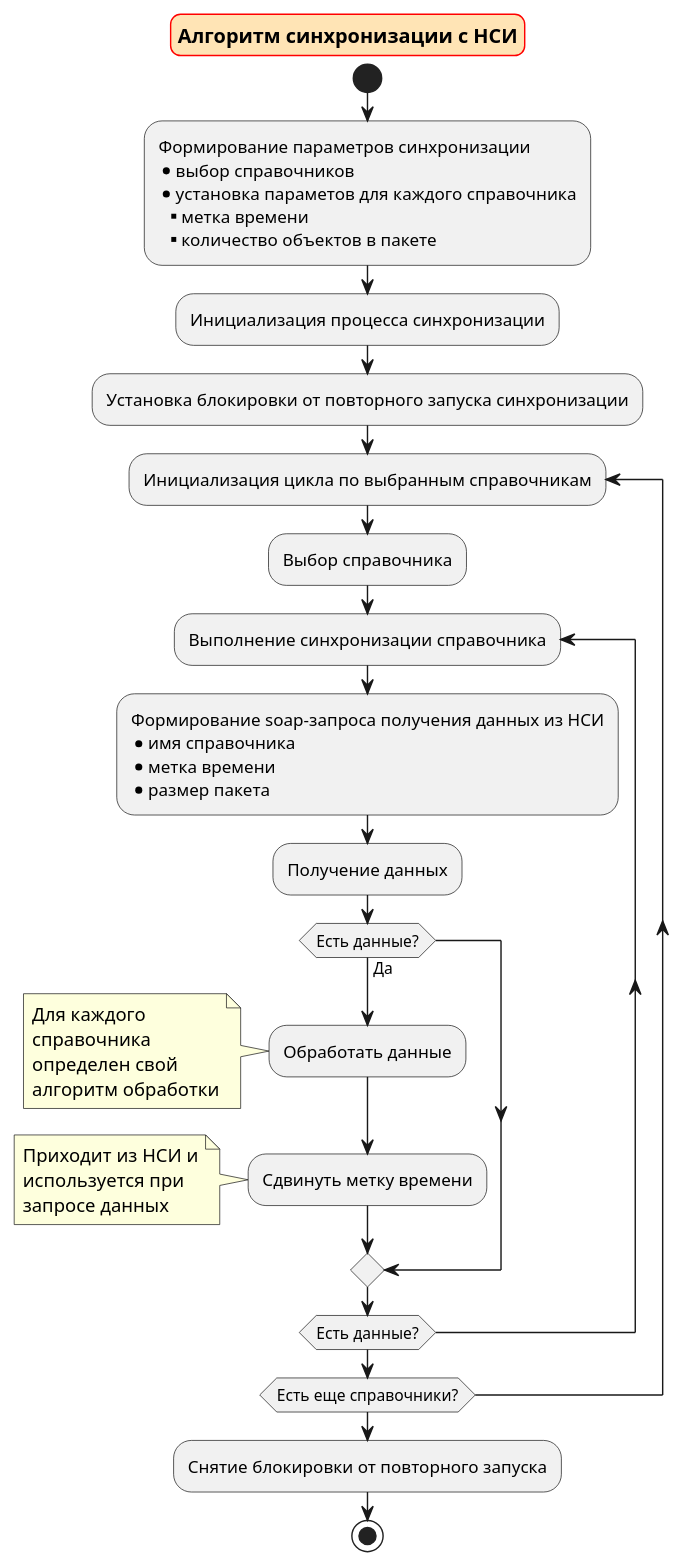
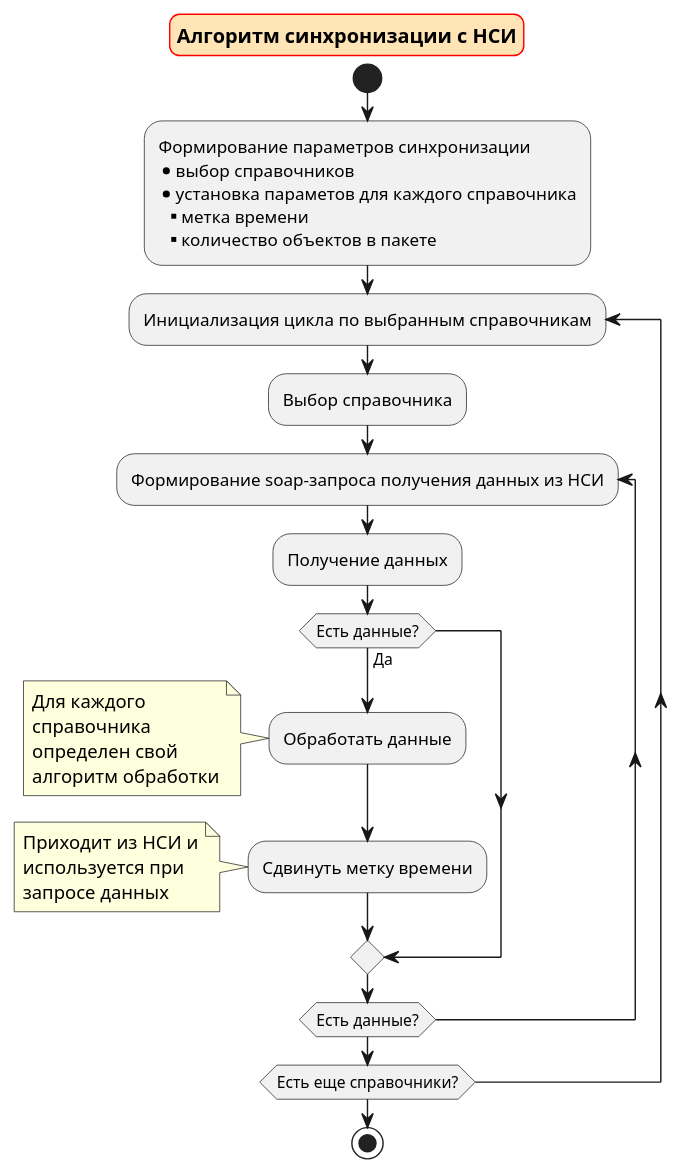
The diagram in diagram_src/nsi_algorithm.puml (kuznetsoviv/krista-attestation), drawn with PlantUML before and after one commit. The commit also changed 4 other files, not shown here.

```diff
--- a/diagram_src/nsi_algorithm.puml
+++ b/diagram_src/nsi_algorithm.puml
@@ -1,41 +1,34 @@
 @startuml
 start
 skinparam titleBorderRoundCorner 14
 skinparam titleBorderColor red
 skinparam titleBackgroundColor Moccasin
 title **Алгоритм синхронизации с НСИ**
 :Формирование параметров синхронизации
 * выбор справочников
 * установка параметов для каждого справочника
 **  метка времени
 **  количество объектов в пакете;
-:Инициализация процесса синхронизации;
-:Установка блокировки от повторного запуска синхронизации;
 repeat :Инициализация цикла по выбранным справочникам
 :Выбор справочника;
-repeat :Выполнение синхронизации справочника
-:Формирование soap-запроса получения данных из НСИ
-* имя справочника
-* метка времени
-* размер пакета;
+repeat :Формирование soap-запроса получения данных из НСИ 
 :Получение данных;
 if (Есть данные?) then (Да)
   :Обработать данные;
 note left
 Для каждого 
 справочника 
 определен свой 
 алгоритм обработки
 end note
   :Сдвинуть метку времени;
 note left
 Приходит из НСИ и
 используется при 
 запросе данных
 end note
 endif
   repeat while (Есть данные?)
 repeat while (Есть еще справочники?)
-:Снятие блокировки от повторного запуска;
 stop
 @enduml
```
